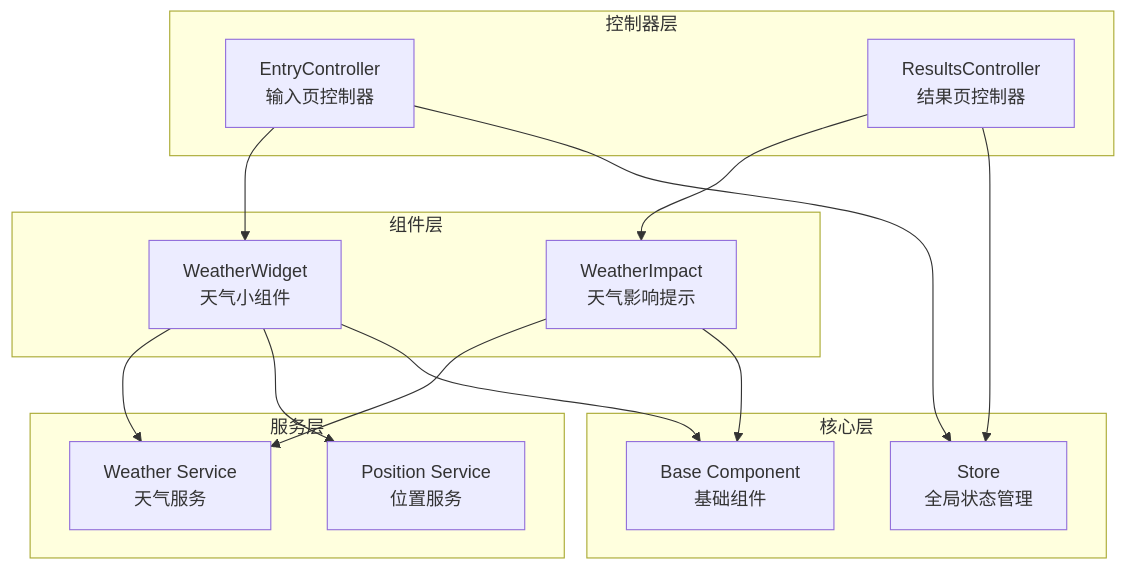
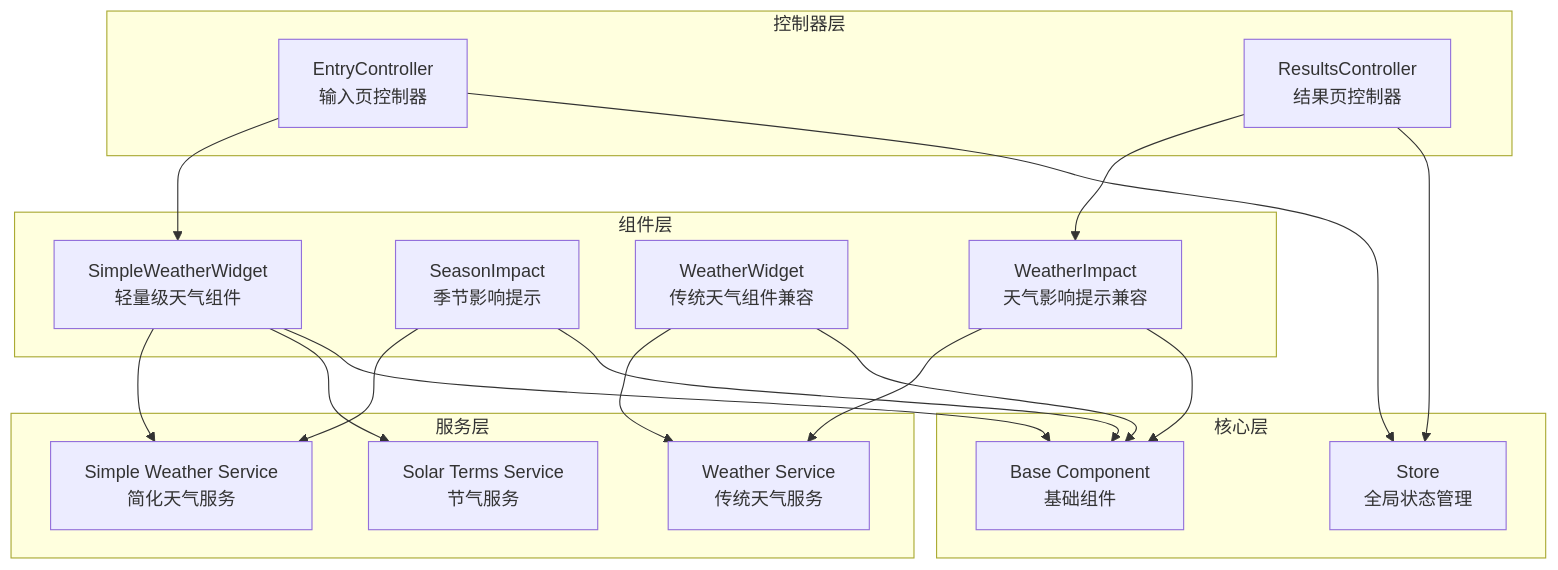
One commit to jeankeim/wuxing-fashion changed the first of 7 diagrams in .qoder/repowiki/zh/content/用户界面组件/天气组件.md. Above: the diagram before and after it, drawn with Mermaid. The commit also changed other lines of this file and 27 other files, not shown here.

````diff
--- a/.qoder/repowiki/zh/content/用户界面组件/天气组件.md
+++ b/.qoder/repowiki/zh/content/用户界面组件/天气组件.md
@@ -40,28 +52,35 @@
 ```mermaid
 graph TB
 subgraph "组件层"
-WeatherWidget["WeatherWidget<br/>天气小组件"]
-WeatherImpact["WeatherImpact<br/>天气影响提示"]
+SimpleWeatherWidget["SimpleWeatherWidget<br/>轻量级天气组件"]
+SeasonImpact["SeasonImpact<br/>季节影响提示"]
+WeatherWidget["WeatherWidget<br/>传统天气组件兼容"]
+WeatherImpact["WeatherImpact<br/>天气影响提示兼容"]
 end
 subgraph "服务层"
-WeatherService["Weather Service<br/>天气服务"]
-PositionService["Position Service<br/>位置服务"]
+SimpleWeatherService["Simple Weather Service<br/>简化天气服务"]
+WeatherService["Weather Service<br/>传统天气服务"]
+SolarTermsService["Solar Terms Service<br/>节气服务"]
 end
 subgraph "控制器层"
 EntryController["EntryController<br/>输入页控制器"]
 ResultsController["ResultsController<br/>结果页控制器"]
 end
 subgraph "核心层"
 BaseComponent["Base Component<br/>基础组件"]
 Store["Store<br/>全局状态管理"]
 end
+SimpleWeatherWidget --> SimpleWeatherService
+SimpleWeatherWidget --> SolarTermsService
+SeasonImpact --> SimpleWeatherService
 WeatherWidget --> WeatherService
-WeatherWidget --> PositionService
 WeatherImpact --> WeatherService
-EntryController --> WeatherWidget
+EntryController --> SimpleWeatherWidget
 ResultsController --> WeatherImpact
+SimpleWeatherWidget --> BaseComponent
+SeasonImpact --> BaseComponent
 WeatherWidget --> BaseComponent
 WeatherImpact --> BaseComponent
 EntryController --> Store
 ResultsController --> Store
 ```
````
